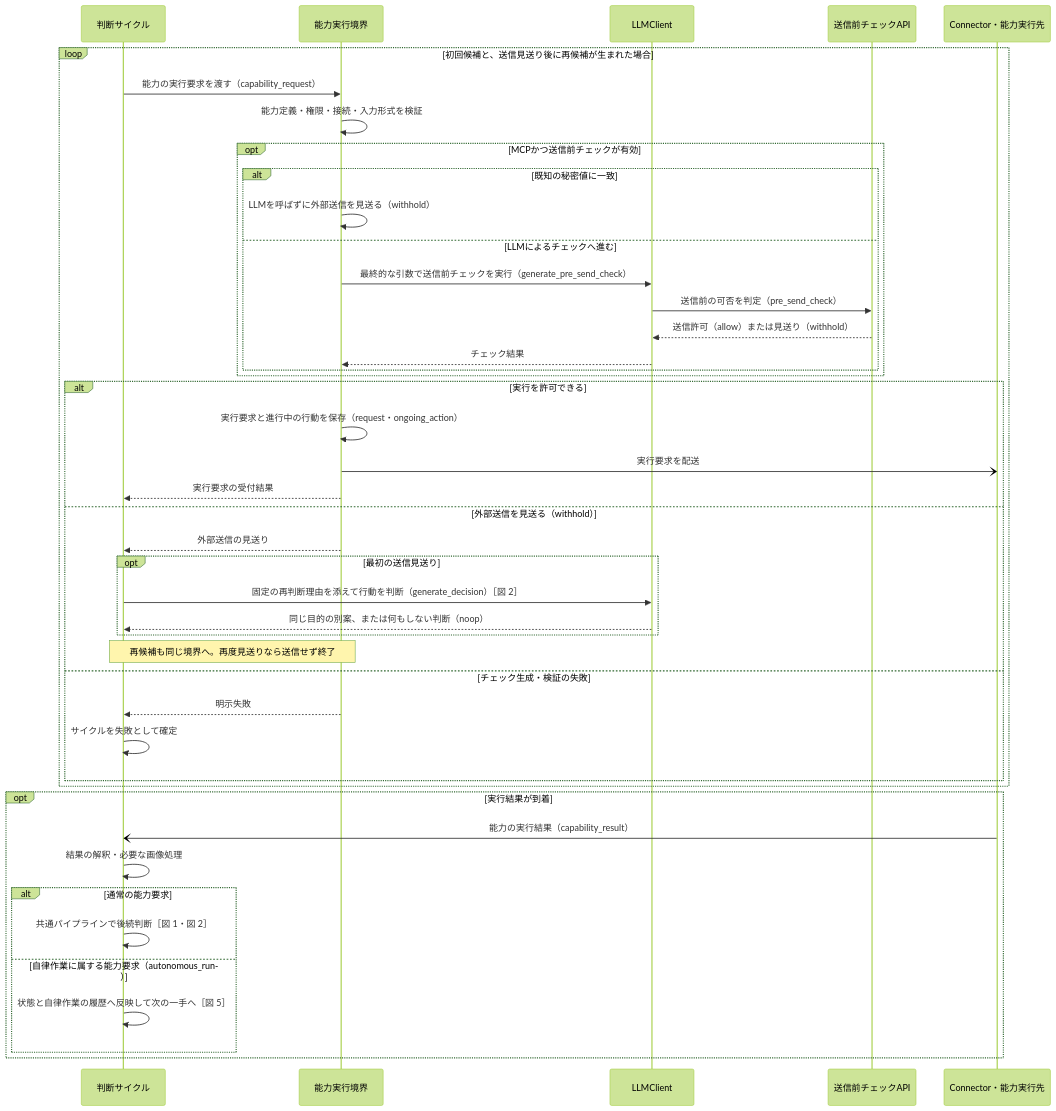
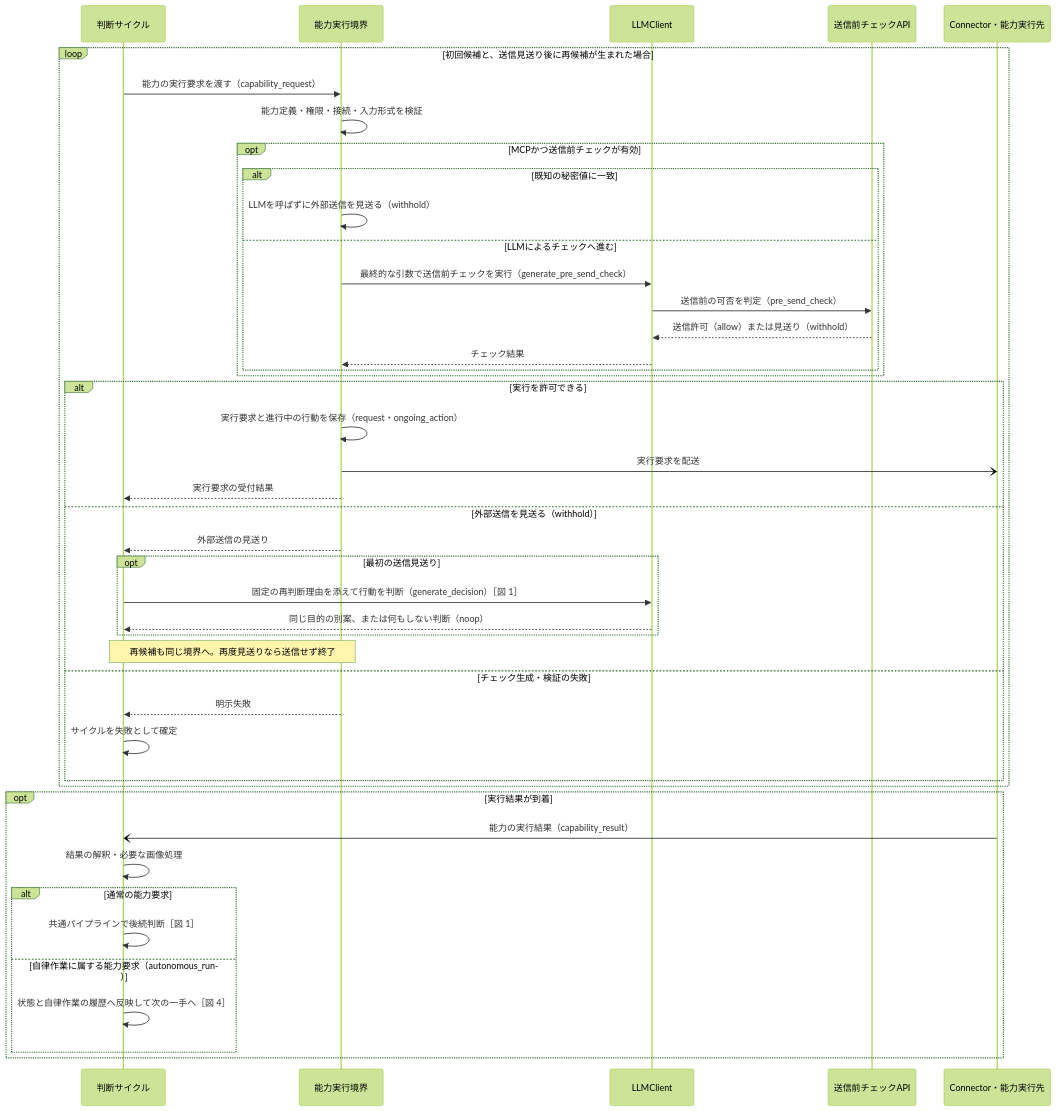
One commit to hirona98/OtomeKairo changed the second of 6 diagrams in docs/design/llm/LLM呼び出しシーケンス.md. Above: the diagram before and after it, drawn with Mermaid (forest theme). The commit also changed other lines of this file, not shown here.

Commit message:
判断と発話のシーケンスを通常サイクル図へ統合

````diff
--- a/docs/design/llm/LLM呼び出しシーケンス.md
+++ b/docs/design/llm/LLM呼び出しシーケンス.md
@@ -172,47 +156,47 @@
 ```mermaid
 sequenceDiagram
     participant C as 判断サイクル
     participant B as 能力実行境界
     participant L as LLMClient
     participant P as 送信前チェックAPI
     participant X as Connector・能力実行先
 
     loop 初回候補と、送信見送り後に再候補が生まれた場合
         C->>B: 能力の実行要求を渡す（capability_request）
         B->>B: 能力定義・権限・接続・入力形式を検証
         opt MCPかつ送信前チェックが有効
             alt 既知の秘密値に一致
                 B->>B: LLMを呼ばずに外部送信を見送る（withhold）
             else LLMによるチェックへ進む
                 B->>L: 最終的な引数で送信前チェックを実行（generate_pre_send_check）
                 L->>P: 送信前の可否を判定（pre_send_check）
                 P-->>L: 送信許可（allow）または見送り（withhold）
                 L-->>B: チェック結果
             end
         end
         alt 実行を許可できる
             B->>B: 実行要求と進行中の行動を保存（request・ongoing_action）
             B-)X: 実行要求を配送
             B-->>C: 実行要求の受付結果
         else 外部送信を見送る（withhold）
             B-->>C: 外部送信の見送り
             opt 最初の送信見送り
-                C->>L: 固定の再判断理由を添えて行動を判断（generate_decision）［図 2］
+                C->>L: 固定の再判断理由を添えて行動を判断（generate_decision）［図 1］
                 L-->>C: 同じ目的の別案、または何もしない判断（noop）
             end
             Note over C,B: 再候補も同じ境界へ。再度見送りなら送信せず終了
         else チェック生成・検証の失敗
             B-->>C: 明示失敗
             C->>C: サイクルを失敗として確定
         end
     end
     opt 実行結果が到着
         X-)C: 能力の実行結果（capability_result）
         C->>C: 結果の解釈・必要な画像処理
         alt 通常の能力要求
-            C->>C: 共通パイプラインで後続判断［図 1・図 2］
+            C->>C: 共通パイプラインで後続判断［図 1］
         else 自律作業に属する能力要求（autonomous_run）
-            C->>C: 状態と自律作業の履歴へ反映して次の一手へ［図 5］
+            C->>C: 状態と自律作業の履歴へ反映して次の一手へ［図 4］
         end
     end
 ```
````
